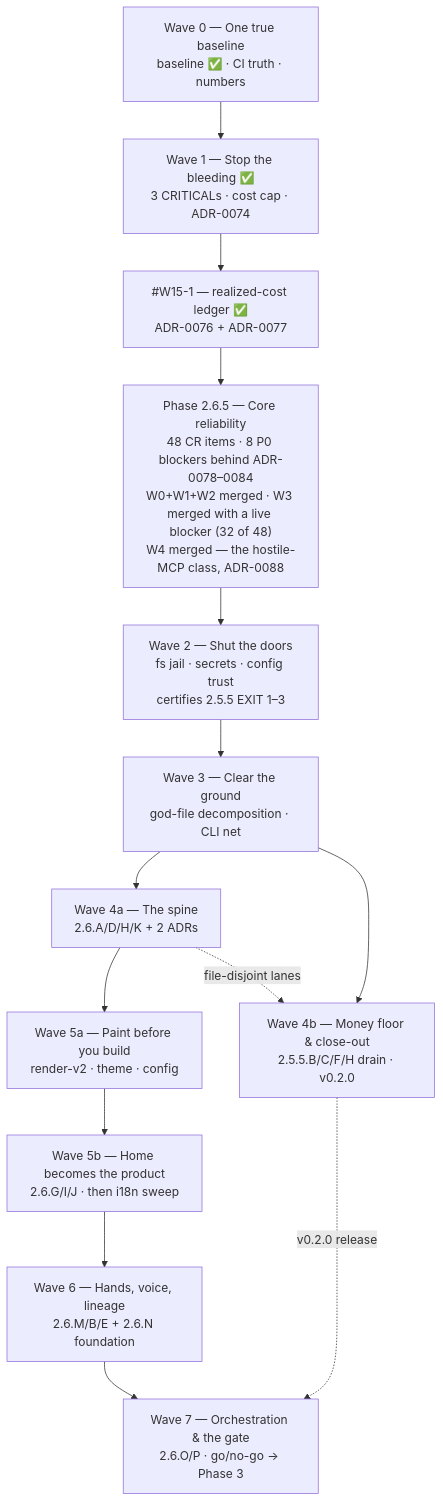
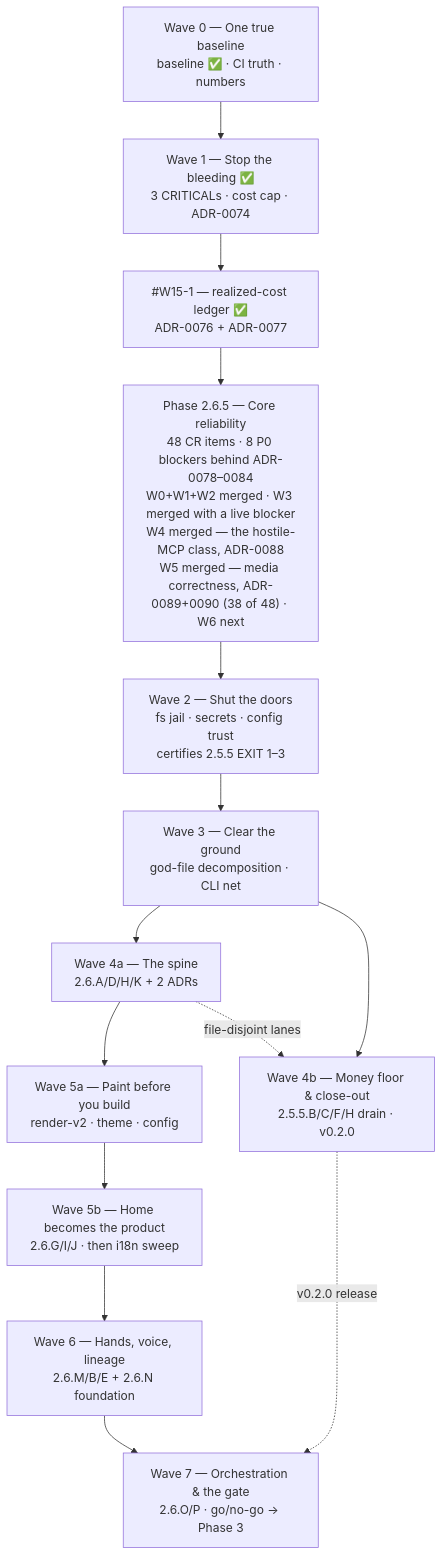
One commit to HodeTech/Relavium changed the diagram in docs/roadmap/current.md. Above: the diagram before and after it, drawn with Mermaid. The commit also changed 24 other files, not shown here.

````diff
--- a/docs/roadmap/current.md
+++ b/docs/roadmap/current.md
@@ -89,19 +89,19 @@
 ```mermaid
 flowchart TD
     W0["Wave 0 — One true baseline<br/>baseline ✅ · CI truth · numbers"]
     W1["Wave 1 — Stop the bleeding ✅<br/>3 CRITICALs · cost cap · ADR-0074"]
     LEDGER["#W15-1 — realized-cost ledger ✅<br/>ADR-0076 + ADR-0077"]
-    P265["Phase 2.6.5 — Core reliability<br/>48 CR items · 8 P0 blockers behind ADR-0078–0084<br/>W0+W1+W2 merged · W3 merged with a live blocker (32 of 48)<br/>W4 merged — the hostile-MCP class, ADR-0088"]
+    P265["Phase 2.6.5 — Core reliability<br/>48 CR items · 8 P0 blockers behind ADR-0078–0084<br/>W0+W1+W2 merged · W3 merged with a live blocker<br/>W4 merged — the hostile-MCP class, ADR-0088<br/>W5 merged — media correctness, ADR-0089+0090 (38 of 48) · W6 next"]
     W2["Wave 2 — Shut the doors<br/>fs jail · secrets · config trust<br/>certifies 2.5.5 EXIT 1–3"]
     W3["Wave 3 — Clear the ground<br/>god-file decomposition · CLI net"]
     W4a["Wave 4a — The spine<br/>2.6.A/D/H/K + 2 ADRs"]
     W4b["Wave 4b — Money floor & close-out<br/>2.5.5.B/C/F/H drain · v0.2.0"]
     W5a["Wave 5a — Paint before you build<br/>render-v2 · theme · config"]
     W5b["Wave 5b — Home becomes the product<br/>2.6.G/I/J · then i18n sweep"]
     W6["Wave 6 — Hands, voice, lineage<br/>2.6.M/B/E + 2.6.N foundation"]
     W7["Wave 7 — Orchestration & the gate<br/>2.6.O/P · go/no-go → Phase 3"]
     W0 --> W1 --> LEDGER --> P265 --> W2 --> W3 --> W4a --> W5a --> W5b --> W6 --> W7
     W3 --> W4b
     W4b -.->|v0.2.0 release| W7
     W4a -.->|file-disjoint lanes| W4b
 ```
````
